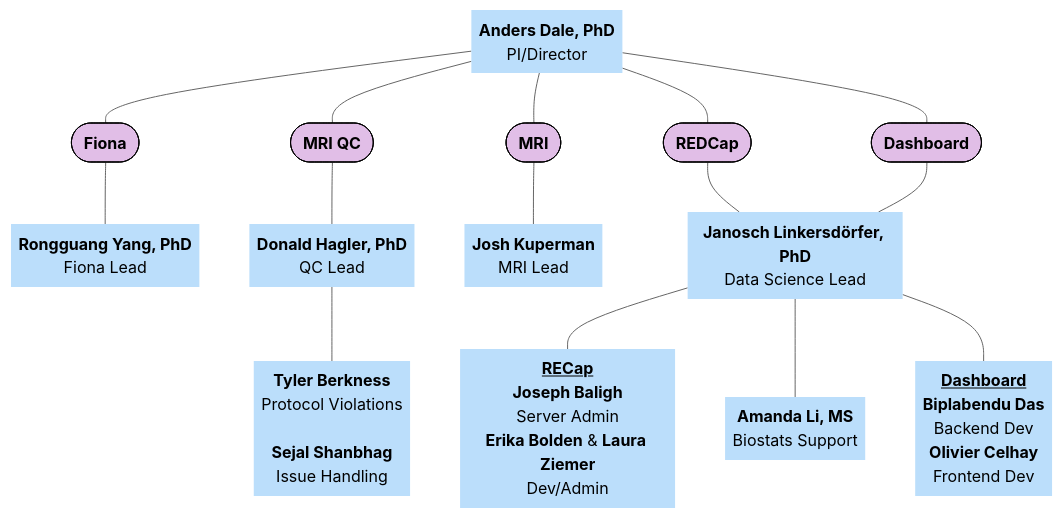
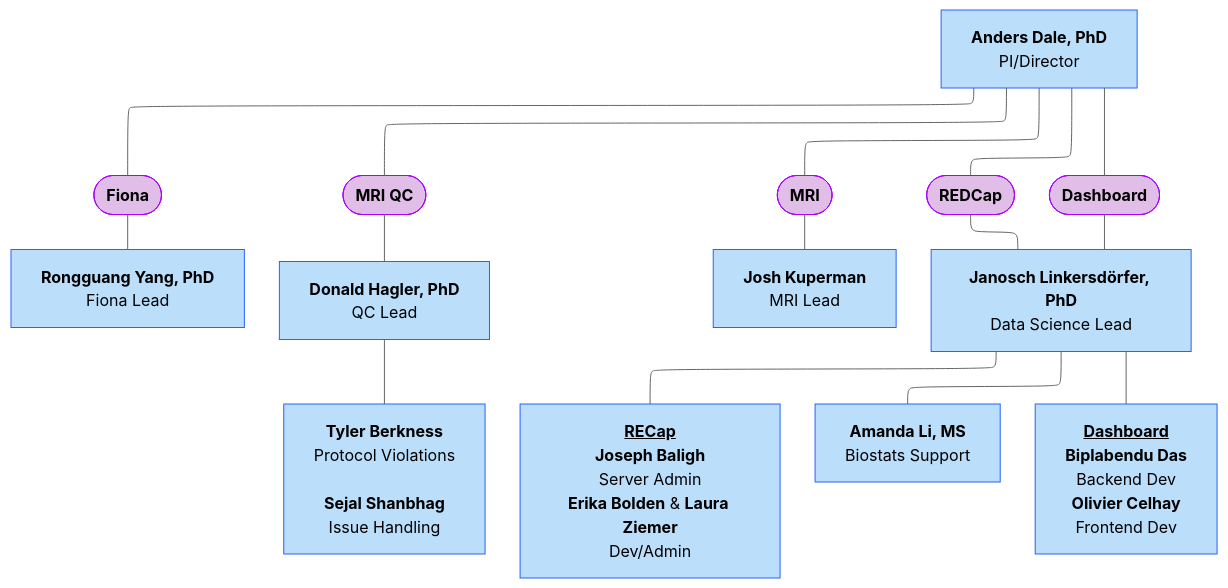
The eighth of 10 diagrams in docs/orgcharts.md (DCAN-Labs/hbcd-docs-internal), drawn with Mermaid (neutral theme) before and after one commit. The commit also changed other lines of this file and 2 other files, not shown here.

Commit message:
SWITCH TO ELK

````diff
--- a/docs/orgcharts.md
+++ b/docs/orgcharts.md
@@ -599,38 +540,32 @@
 ```mermaid
 ---
 config:
-  layout: dagre
+  layout: elk
 ---
 flowchart TB
-    A["<b>Anders Dale, PhD</b><br>PI/Director"] --- n1(["<b>Fiona</b>"]) & n2(["<b>MRI QC</b>"]) & n3(["<b>MRI</b>"]) & n6(["<b>REDCap</b>"]) & n15(["<b>Dashboard</b>"])
+    A["<b>Anders Dale, PhD</b><br>PI/Director"] 
+    --- n1(["<b>Fiona</b>"]) & n2(["<b>MRI QC</b>"]) & n3(["<b>MRI</b>"]) & n6(["<b>REDCap</b>"]) & n15(["<b>Dashboard</b>"])
     n1 --- n8["<b>Rongguang Yang, PhD</b><br>Fiona Lead<br>"]
     n2 --- n9["<b>Donald Hagler, PhD</b><br>QC Lead<br>"]
     n3 --- n10["<b>Josh Kuperman</b><br>MRI Lead"]
     n6 --- n4["<b>Janosch Linkersdörfer, PhD</b><br>Data Science Lead"]
-    n9 --- n13@{ label: "<span style=\"--tw-scale-x:\"><b>Tyler Berkness<br></b></span><span style=\"background-color:\">Protocol Violations<br></span><br><span style=\"--tw-scale-x:\"><span style=\"--tw-scale-x:\"><b>Sejal Shanbhag<br style=\"--tw-scale-x:\"></b></span></span><span style=\"--tw-scale-x:\">Issue Handling</span>" }
+    n9 --- n13["<b>Tyler Berkness</b><br>Protocol Violations<br><br><b>Sejal Shanbhag</b><br>Issue Handling"]
     n15 --- n4
-    n4 --- n12["<b><b><u>RECap</u></b><br>Joseph Baligh</b><br>Server Admin<br><b>Erika Bolden</b> &amp; <b>Laura Ziemer</b><br>Dev/Admin"] & n18@{ label: "<span style=\"--tw-scale-x:\"><span style=\"--tw-scale-x:\"><b><span style=\"--tw-scale-x:\">Amanda Li, MS</span><br style=\"--tw-scale-x:\"></b></span></span><span style=\"--tw-scale-x:\">Biostats Support</span>" } & n17@{ label: "<span style=\"--tw-scale-x:\"><b><b><u>Dashboard</u></b><br>Biplabendu Das</b><br>Backend Dev<br></span><span style=\"--tw-scale-x:\"><b>Olivier Celhay</b><br></span><span style=\"background-color:\">Frontend Dev</span>" }
-    A@{ shape: text}
-    n8@{ shape: text}
-    n9@{ shape: text}
-    n10@{ shape: text}
-    n4@{ shape: text}
-    n13@{ shape: text}
-    n12@{ shape: text}
-    n18@{ shape: text}
-    n17@{ shape: text}
-    style A fill:#BBDEFB
-    style n1 fill:#E1BEE7,stroke:#000000
-    style n2 stroke:#000000,fill:#E1BEE7
-    style n3 stroke:#000000,fill:#E1BEE7
-    style n6 stroke:#000000,fill:#E1BEE7
-    style n15 fill:#E1BEE7,stroke:#000000
-    style n8 fill:#BBDEFB
-    style n9 fill:#BBDEFB
-    style n10 fill:#BBDEFB
-    style n4 fill:#BBDEFB
-    style n13 fill:#BBDEFB
-    style n12 fill:#BBDEFB
-    style n18 fill:#BBDEFB
-    style n17 fill:#BBDEFB
+    n4 --- n12["<b><b><u>RECap</u></b><br>Joseph Baligh</b><br>Server Admin<br><b>Erika Bolden</b> &amp; <b>Laura Ziemer</b><br>Dev/Admin"]
+    n4 --- n18["<b>Amanda Li, MS</b><br>Biostats Support"] 
+    n4 --- n17["<b><u>Dashboard</u></b><br><b>Biplabendu Das</b><br>Backend Dev<br><b>Olivier Celhay</b><br>Frontend Dev"]
+    style A fill:#BBDEFB,stroke:#2962FF
+    style n1 fill:#E1BEE7,stroke:#AA00FF
+    style n2 fill:#E1BEE7,stroke:#AA00FF
+    style n3 fill:#E1BEE7,stroke:#AA00FF
+    style n6 fill:#E1BEE7,stroke:#AA00FF
+    style n15 fill:#E1BEE7,stroke:#AA00FF
+    style n8 fill:#BBDEFB,stroke:#2962FF
+    style n9 fill:#BBDEFB,stroke:#2962FF
+    style n10 fill:#BBDEFB,stroke:#2962FF
+    style n4 fill:#BBDEFB,stroke:#2962FF
+    style n13 fill:#BBDEFB,stroke:#2962FF
+    style n12 fill:#BBDEFB,stroke:#2962FF
+    style n18 fill:#BBDEFB,stroke:#2962FF
+    style n17 fill:#BBDEFB,stroke:#2962FF
 ```
````
